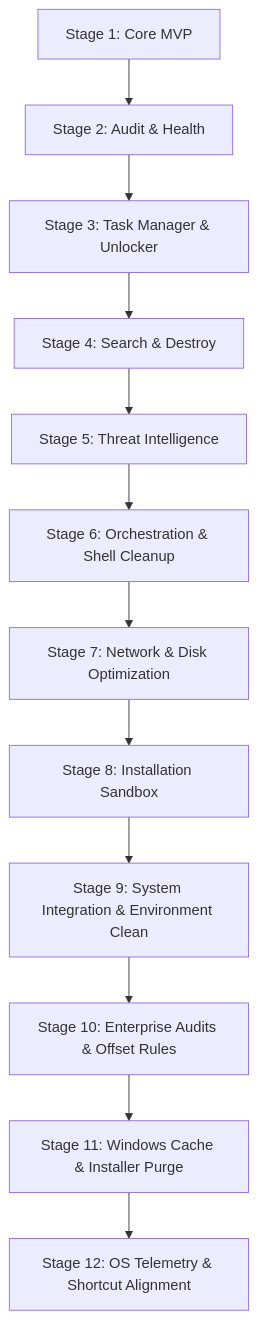
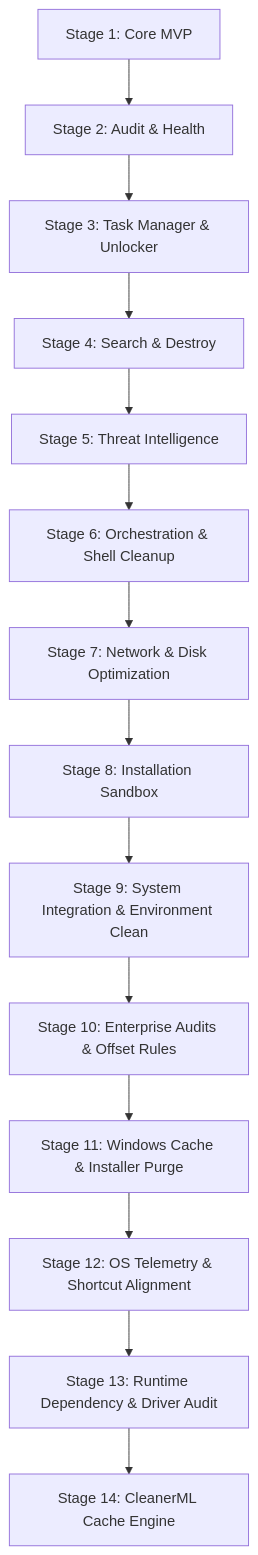
One commit to QuantumMonkey/Vanish changed the diagram in docs/roadmap.md. Above: the diagram before and after it, drawn with Mermaid. The commit also changed other lines of this file and 1 other file, not shown here.

Commit message:
docs: Add C++ runtime audits, idle driver mappings, and CleanerML integrations to roadmap and research logs

````diff
--- a/docs/roadmap.md
+++ b/docs/roadmap.md
@@ -9,14 +9,16 @@
 ```mermaid
 graph TD
     P1[Stage 1: Core MVP] --> P2[Stage 2: Audit & Health]
     P2 --> P3[Stage 3: Task Manager & Unlocker]
     P3 --> P4[Stage 4: Search & Destroy]
     P4 --> P5[Stage 5: Threat Intelligence]
     P5 --> P6[Stage 6: Orchestration & Shell Cleanup]
     P6 --> P7[Stage 7: Network & Disk Optimization]
     P7 --> P8[Stage 8: Installation Sandbox]
     P8 --> P9[Stage 9: System Integration & Environment Clean]
     P9 --> P10[Stage 10: Enterprise Audits & Offset Rules]
     P10 --> P11[Stage 11: Windows Cache & Installer Purge]
     P11 --> P12[Stage 12: OS Telemetry & Shortcut Alignment]
+    P12 --> P13[Stage 13: Runtime Dependency & Driver Audit]
+    P13 --> P14[Stage 14: CleanerML Cache Engine]
 ```
````
